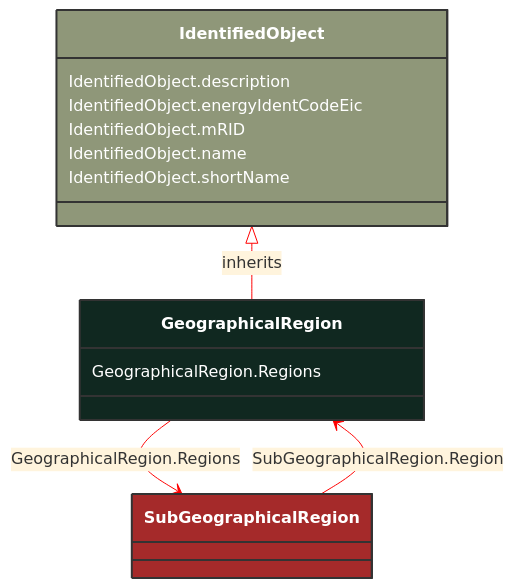
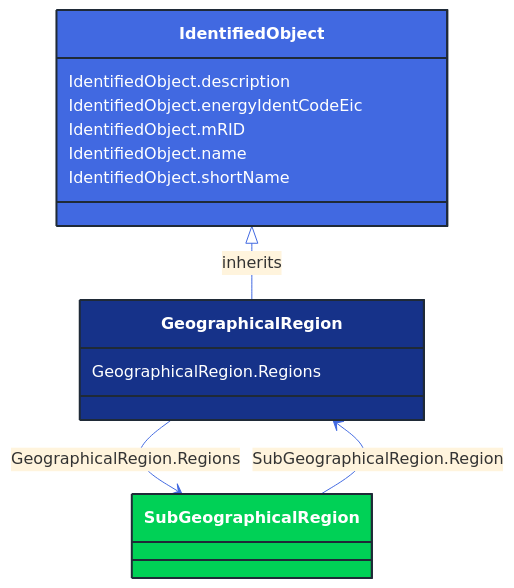
The diagram in docs/Models/Profiles/CoreEquipment/ConcreteClasses/GeographicalRegion.md (3lbits/NoCIMExtensions), drawn with Mermaid before and after one commit. The commit also changed 362 other files, not shown here.

First line of the commit message:
Update diagrams and styles for improved visual consistency

````diff
--- a/docs/Models/Profiles/CoreEquipment/ConcreteClasses/GeographicalRegion.md
+++ b/docs/Models/Profiles/CoreEquipment/ConcreteClasses/GeographicalRegion.md
@@ -8,31 +8,31 @@
 ```mermaid
-%%{init: {'theme':'base','themeVariables': {'lineColor': '#FF0000'}}}%%
+%%{init: {'theme':'base','themeVariables': {'lineColor': '#4169E1'}}}%%
 classDiagram
     class GeographicalRegion
     click GeographicalRegion href "/Models/Profiles/CoreEquipment/ConcreteClasses/GeographicalRegion/"
-    style GeographicalRegion fill:#102820,stroke:#333,stroke-width:2px,rx:10,ry:10,color:white
+    style GeographicalRegion fill:#163289,stroke:#1F2A37,stroke-width:2px,rx:10,ry:10,color:white
      
         IdentifiedObject <|-- GeographicalRegion : inherits
             click IdentifiedObject href "/Models/Profiles/CoreEquipment/AbstractClasses/IdentifiedObject/"
-            style IdentifiedObject fill:#8F9779,stroke:#333,stroke-width:2px,rx:10,ry:10,color:white
+            style IdentifiedObject fill:#4169E1,stroke:#1F2A37,stroke-width:2px,rx:10,ry:10,color:white
 
         GeographicalRegion --> SubGeographicalRegion : GeographicalRegion.Regions
 
         SubGeographicalRegion
             click SubGeographicalRegion href "/Models/Profiles/CoreEquipment/ConcreteClasses/SubGeographicalRegion/"
-            style SubGeographicalRegion fill:#A52A2A,stroke:#333,stroke-width:2px,rx:10,ry:10,color:white
+            style SubGeographicalRegion fill:#00D156,stroke:#1F2A37,stroke-width:2px,rx:10,ry:10,color:white
 
         SubGeographicalRegion --> GeographicalRegion : SubGeographicalRegion.Region
 
         SubGeographicalRegion
             click SubGeographicalRegion href "/Models/Profiles/CoreEquipment/ConcreteClasses/SubGeographicalRegion/"
-            style SubGeographicalRegion fill:#A52A2A,stroke:#333,stroke-width:2px,rx:10,ry:10,color:white
+            style SubGeographicalRegion fill:#00D156,stroke:#1F2A37,stroke-width:2px,rx:10,ry:10,color:white
 
 
         GeographicalRegion : GeographicalRegion.Regions
         IdentifiedObject : IdentifiedObject.description
         IdentifiedObject : IdentifiedObject.energyIdentCodeEic
         IdentifiedObject : IdentifiedObject.mRID
         IdentifiedObject : IdentifiedObject.name
         IdentifiedObject : IdentifiedObject.shortName
 ```
````
